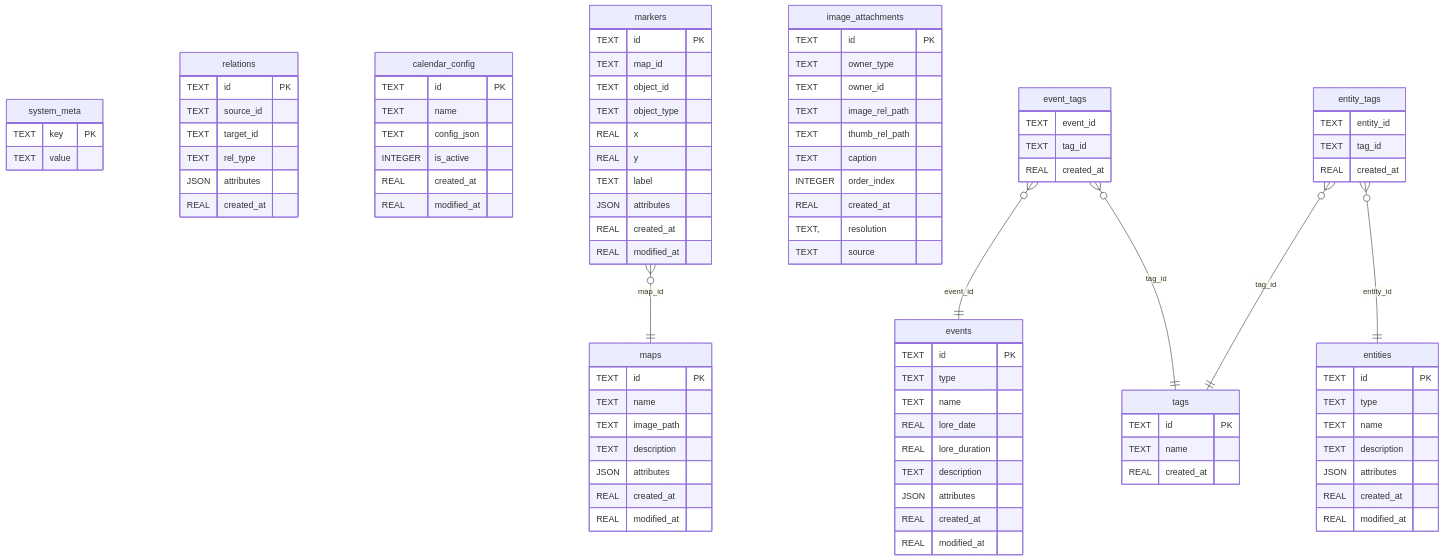
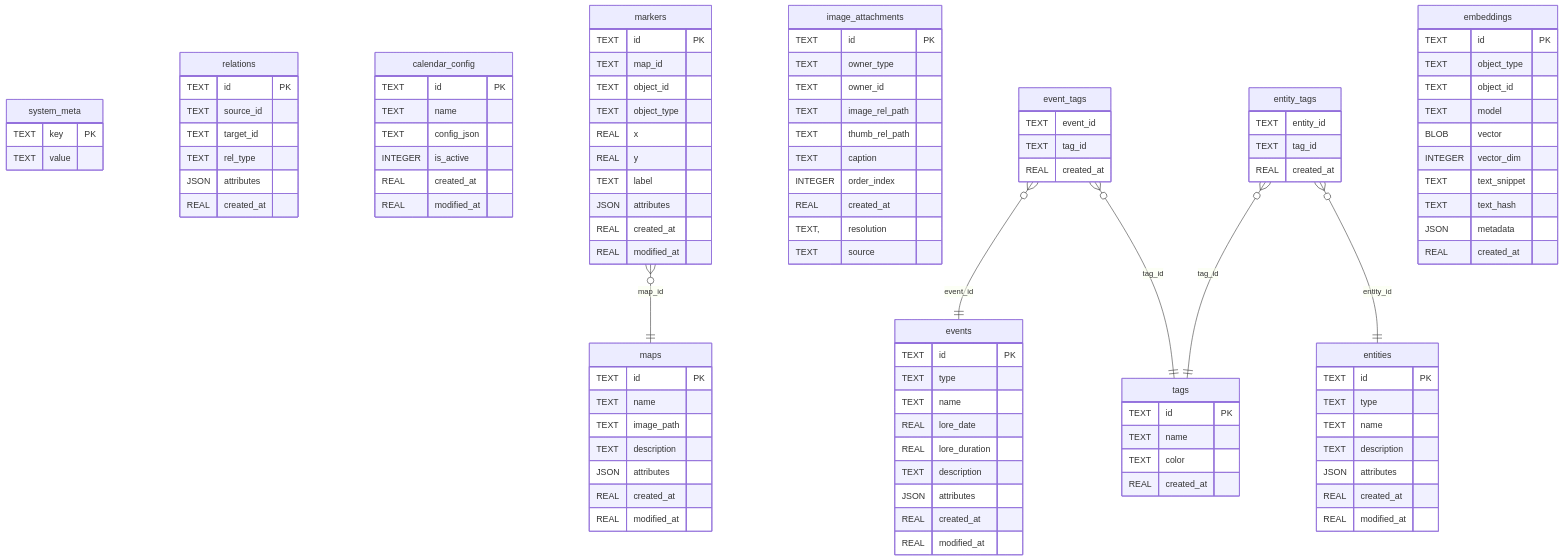
One commit to cmintert/ProjektKraken changed the diagram in docs/SCHEMA_REFERENCE.md. Above: the diagram before and after it, drawn with Mermaid. The commit also changed other lines of this file, not shown here.

Commit message:
Update schema documentation via sphinx build

```diff
--- a/docs/SCHEMA_REFERENCE.md
+++ b/docs/SCHEMA_REFERENCE.md
@@ -92,6 +92,7 @@
     tags {
         TEXT id PK
         TEXT name
+        TEXT color
         REAL created_at
     }
 
@@ -107,6 +108,19 @@
         REAL created_at
     }
 
+    embeddings {
+        TEXT id PK
+        TEXT object_type
+        TEXT object_id
+        TEXT model
+        BLOB vector
+        INTEGER vector_dim
+        TEXT text_snippet
+        TEXT text_hash
+        JSON metadata
+        REAL created_at
+    }
+
     markers }o--|| maps : "map_id"
     event_tags }o--|| events : "event_id"
     event_tags }o--|| tags : "tag_id"
```
